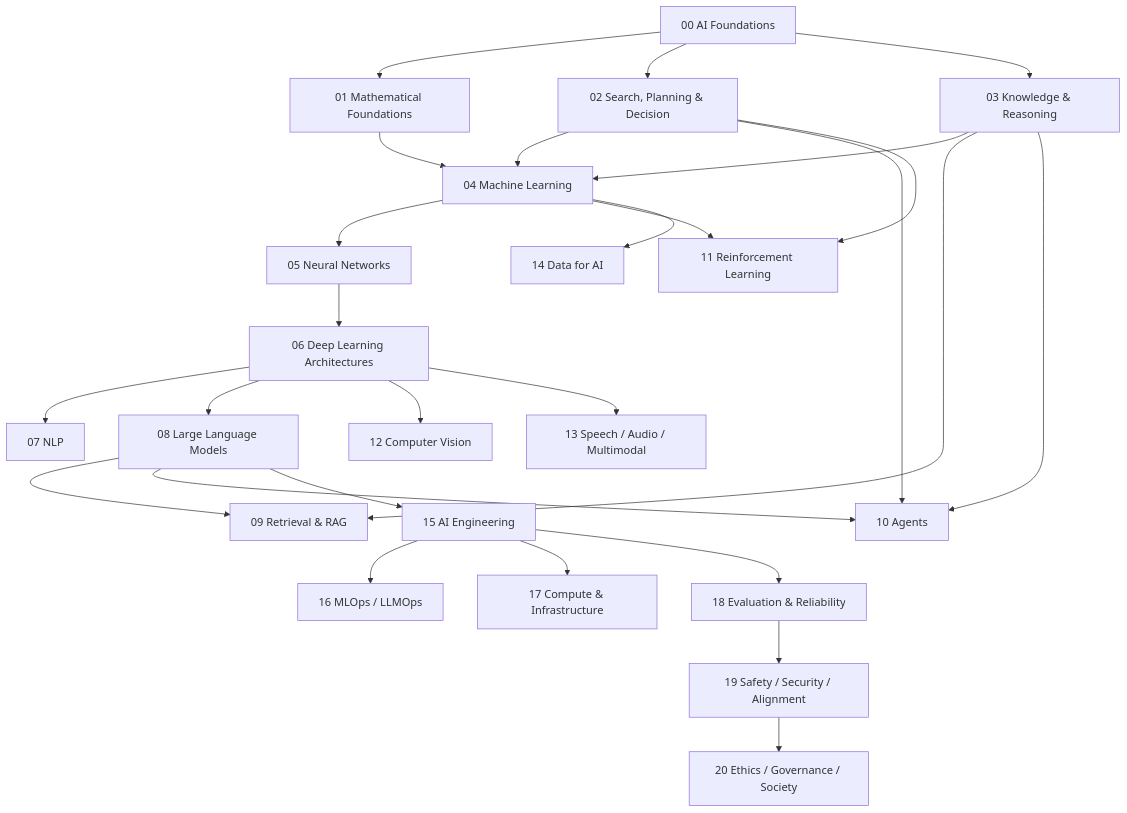
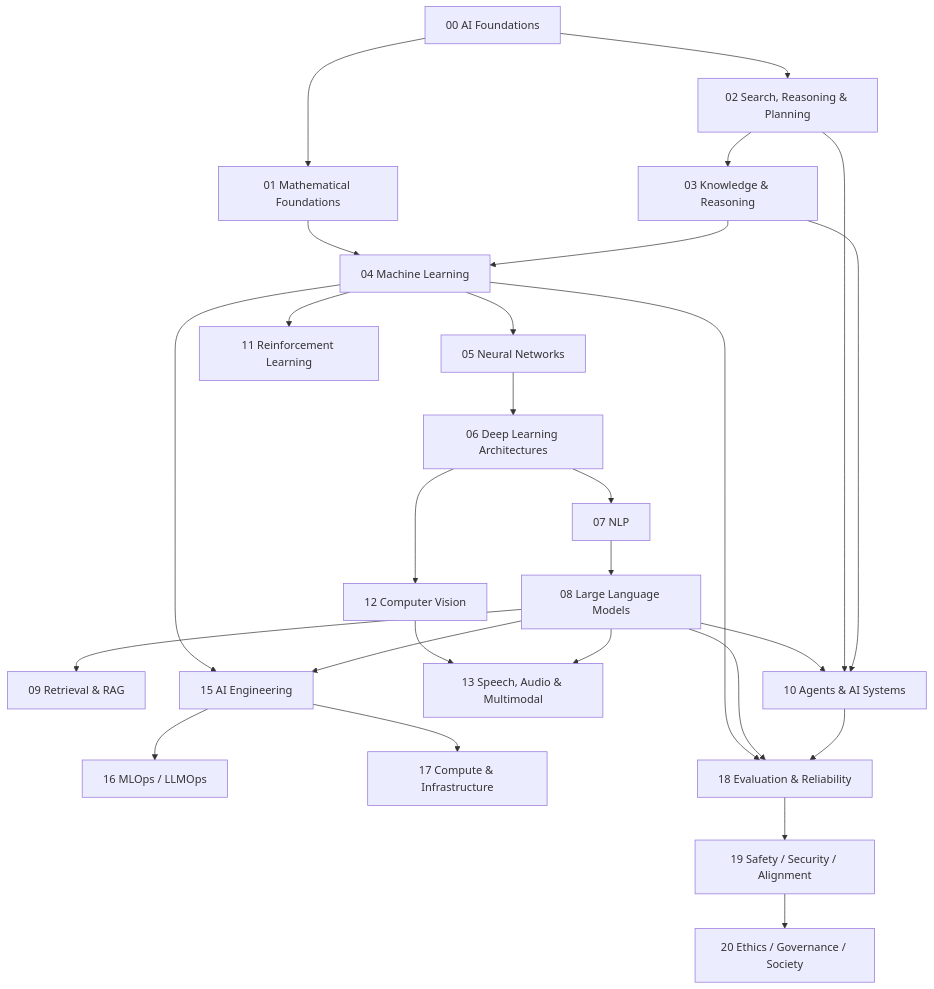
The diagram in computer_science/02_artificial_intelligence/README.md (hunggtham/learning-docs), drawn with Mermaid before and after one commit. The commit also changed other lines of this file and 17 other files, not shown here.

````diff
--- a/computer_science/02_artificial_intelligence/README.md
+++ b/computer_science/02_artificial_intelligence/README.md
@@ -9,29 +11,29 @@
 ```mermaid
 flowchart TD
-    A[00 AI Foundations] --> M[01 Mathematical Foundations]
-    A --> S[02 Search, Planning & Decision]
-    A --> K[03 Knowledge & Reasoning]
+    F[00 AI Foundations] --> M[01 Mathematical Foundations]
+    F --> S[02 Search, Reasoning & Planning]
+    S --> K[03 Knowledge & Reasoning]
     M --> ML[04 Machine Learning]
-    S --> ML
     K --> ML
     ML --> NN[05 Neural Networks]
     NN --> DL[06 Deep Learning Architectures]
     DL --> NLP[07 NLP]
-    DL --> LLM[08 Large Language Models]
+    DL --> CV[12 Computer Vision]
+    NLP --> LLM[08 Large Language Models]
     LLM --> RAG[09 Retrieval & RAG]
-    LLM --> AG[10 Agents]
+    LLM --> AG[10 Agents & AI Systems]
     S --> AG
-    K --> RAG
     K --> AG
     ML --> RL[11 Reinforcement Learning]
-    S --> RL
-    DL --> CV[12 Computer Vision]
-    DL --> MM[13 Speech / Audio / Multimodal]
-    ML --> DATA[14 Data for AI]
-    LLM --> ENG[15 AI Engineering]
+    CV --> MM[13 Speech, Audio & Multimodal]
+    LLM --> MM
+    ML --> ENG[15 AI Engineering]
+    LLM --> ENG
     ENG --> OPS[16 MLOps / LLMOps]
     ENG --> INFRA[17 Compute & Infrastructure]
-    ENG --> EVAL[18 Evaluation & Reliability]
+    ML --> EVAL[18 Evaluation & Reliability]
+    LLM --> EVAL
+    AG --> EVAL
     EVAL --> SAFE[19 Safety / Security / Alignment]
     SAFE --> GOV[20 Ethics / Governance / Society]
 ```
````
